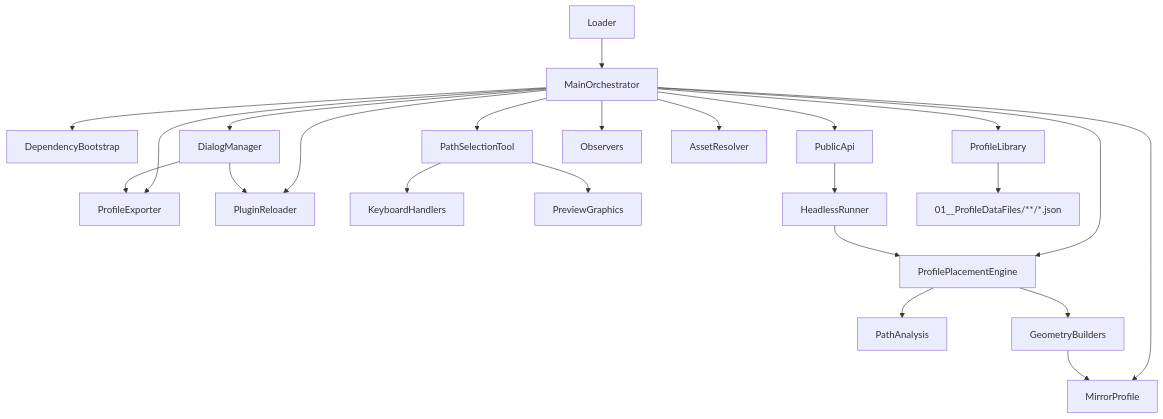
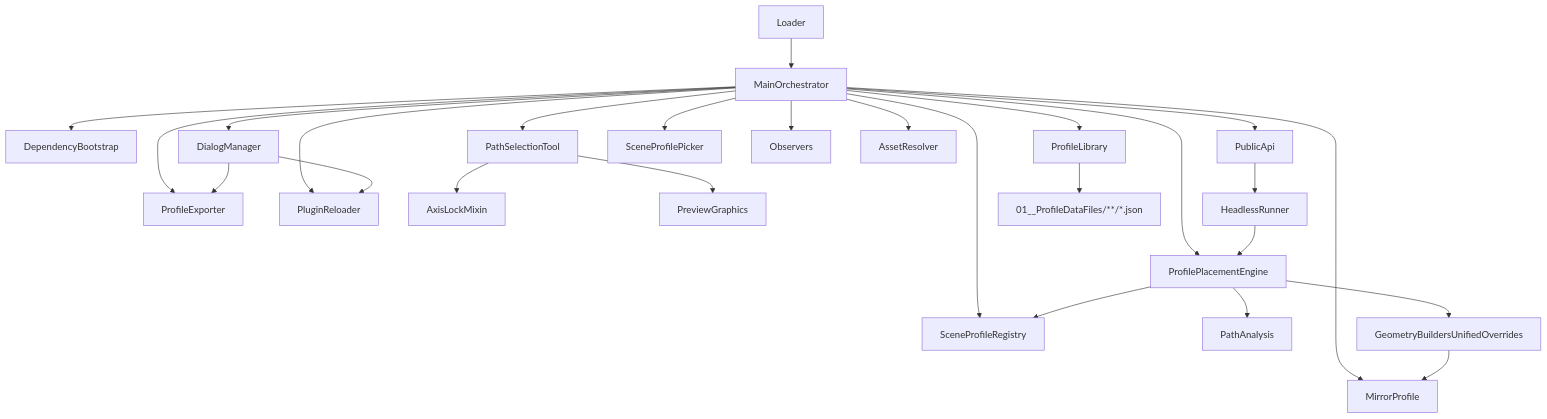
One commit to Adam-Noble-01/Plugins changed the first of 2 diagrams in Na__ProfileTools__ProfilePathTracer__Modules__/Na__ProfileTools__ProfilePathTracer__Architecture__.md. Above: the diagram before and after it, drawn with Mermaid. The commit also changed other lines of this file and 44 other files, not shown here.

````diff
--- a/Na__ProfileTools__ProfilePathTracer__Modules__/Na__ProfileTools__ProfilePathTracer__Architecture__.md
+++ b/Na__ProfileTools__ProfilePathTracer__Modules__/Na__ProfileTools__ProfilePathTracer__Architecture__.md
@@ -48,25 +51,28 @@
 ```mermaid
 flowchart TD
 loader[Loader] --> main[MainOrchestrator]
 main --> dep[DependencyBootstrap]
 main --> dialog[DialogManager]
 main --> api[PublicApi]
 main --> lib[ProfileLibrary]
 main --> exporter[ProfileExporter]
 main --> mirror[MirrorProfile]
 main --> reloader[PluginReloader]
 main --> pathTool[PathSelectionTool]
-pathTool --> keyboard[KeyboardHandlers]
+pathTool --> axisLock[AxisLockMixin]
 pathTool --> preview[PreviewGraphics]
+main --> sceneRegistry[SceneProfileRegistry]
+main --> scenePicker[SceneProfilePicker]
 main --> engine[ProfilePlacementEngine]
 engine --> pathAnalysis[PathAnalysis]
-engine --> geometry[GeometryBuilders]
-geometry --> mirror
+engine --> geometryUnified[GeometryBuildersUnifiedOverrides]
+engine --> sceneRegistry
+geometryUnified --> mirror
 api --> headless[HeadlessRunner]
 headless --> engine
 main --> observers[Observers]
 main --> assets[AssetResolver]
 lib --> dataFiles["01__ProfileDataFiles/**/*.json"]
 dialog --> exporter
 dialog --> reloader
 ```
````
